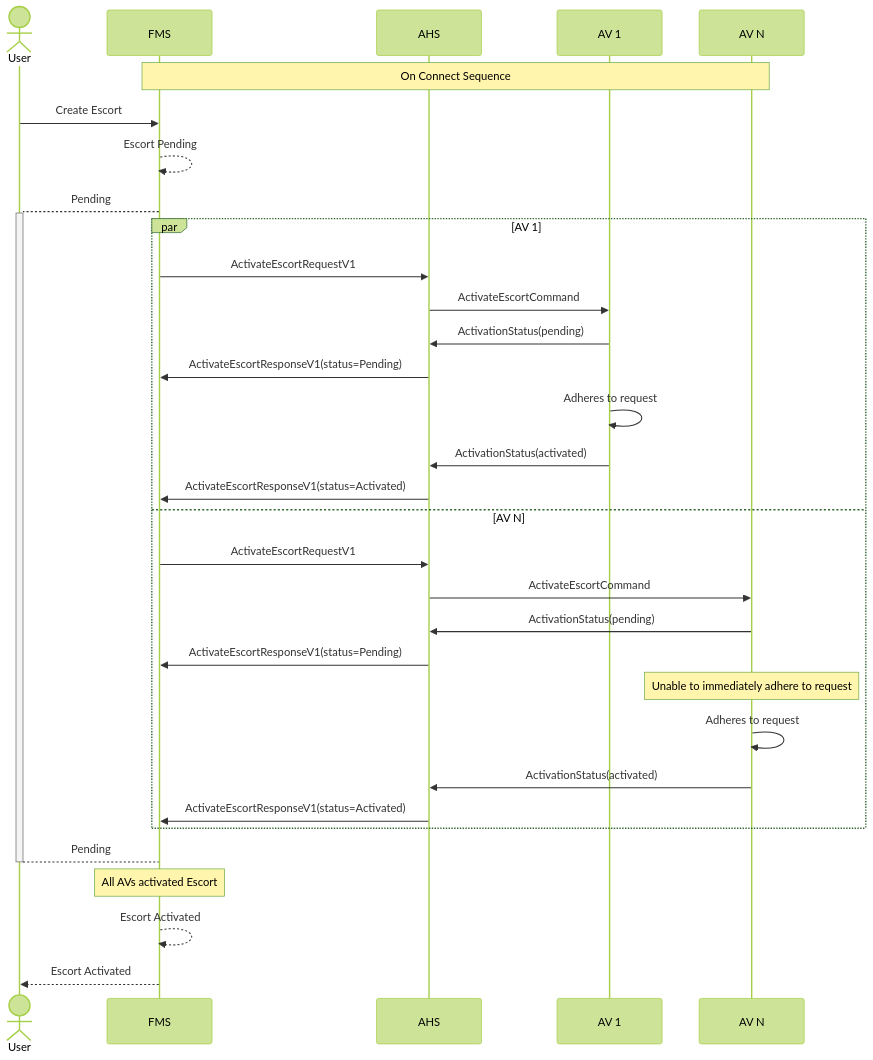
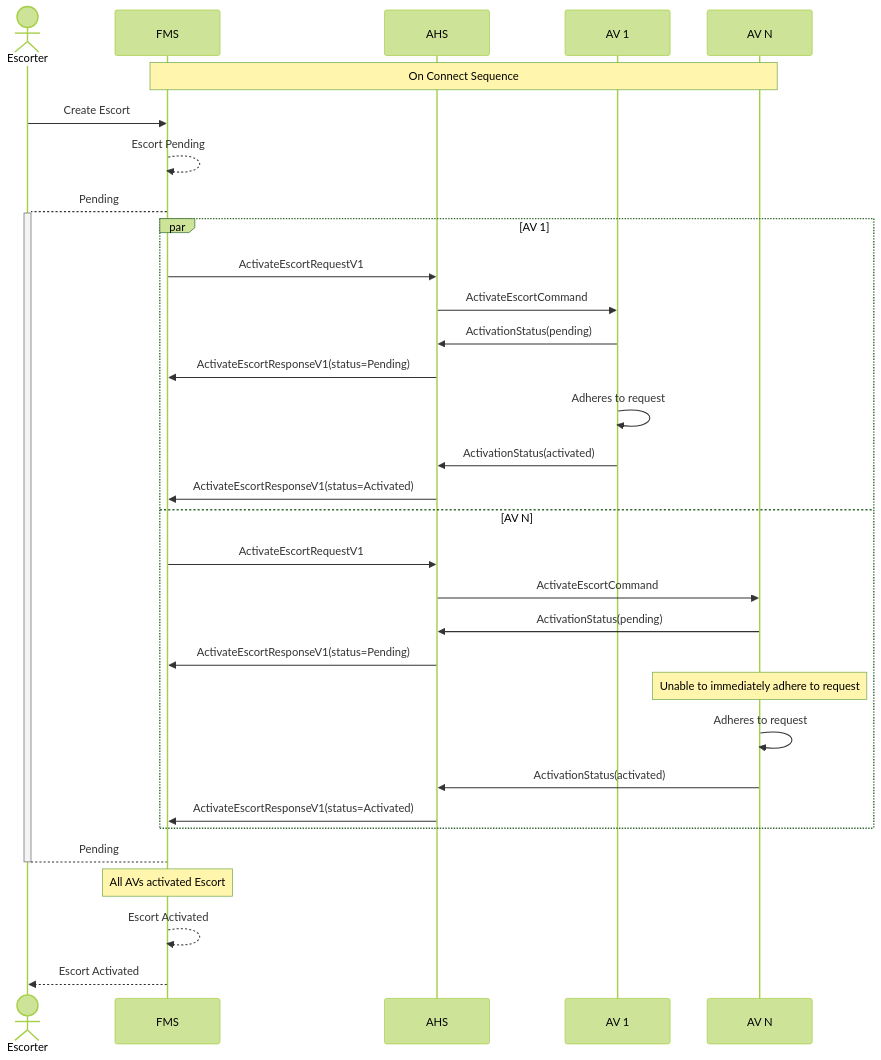
Before and after one commit to open-autonomy/escort: the second of 3 diagrams in diagram/EscortActivation.md, drawn with Mermaid (forest theme). The commit also changed other lines of this file and 2 other files, not shown here.

Commit message:
Replace participant User with actor Escorter

````diff
--- a/diagram/EscortActivation.md
+++ b/diagram/EscortActivation.md
@@ -50,36 +50,36 @@
 ```mermaid
 sequenceDiagram
-    actor User
+    actor Escorter
     participant FMS
     participant AHS
     participant AV 1
     participant AV N
 
     Note over FMS,AV N: On Connect Sequence
-    User->>FMS: Create Escort
+    Escorter->>FMS: Create Escort
     FMS-->>FMS: Escort Pending
-    FMS-->+User: Pending
+    FMS-->+Escorter: Pending
     par AV 1
     FMS->>AHS: ActivateEscortRequestV1
     AHS->>AV 1: ActivateEscortCommand
     AV 1->>AHS: ActivationStatus(pending)
     AHS->>FMS: ActivateEscortResponseV1(status=Pending)
         AV 1->>AV 1: Adheres to request
     AV 1->>AHS: ActivationStatus(activated)
     AHS->>FMS: ActivateEscortResponseV1(status=Activated)
     and AV N
     FMS->>AHS: ActivateEscortRequestV1
     AHS->>AV N: ActivateEscortCommand
     AV N->>AHS: ActivationStatus(pending)
     AHS->>FMS: ActivateEscortResponseV1(status=Pending)
         Note Over AV N: Unable to immediately adhere to request
         AV N->>AV N: Adheres to request
     AV N->>AHS: ActivationStatus(activated)
     AHS->>FMS: ActivateEscortResponseV1(status=Activated)
     end
 
-    User-->-FMS: Pending
+    Escorter-->-FMS: Pending
     Note Over FMS: All AVs activated Escort
     FMS-->>FMS: Escort Activated
-    FMS-->>User: Escort Activated
+    FMS-->>Escorter: Escort Activated
 ```
````
